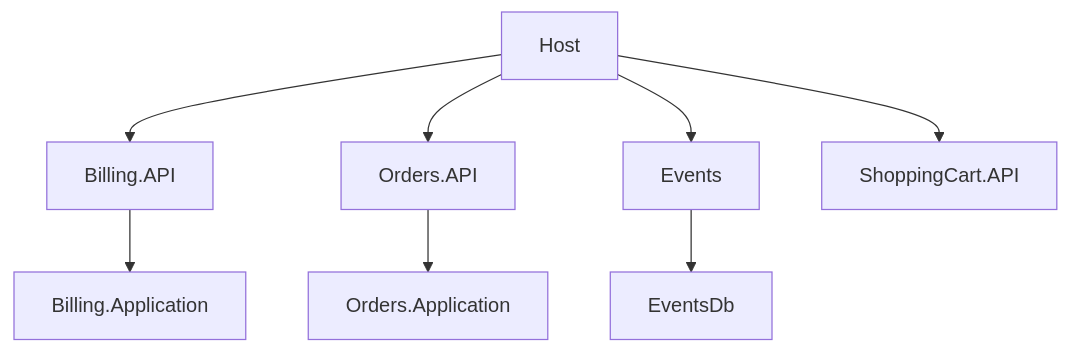
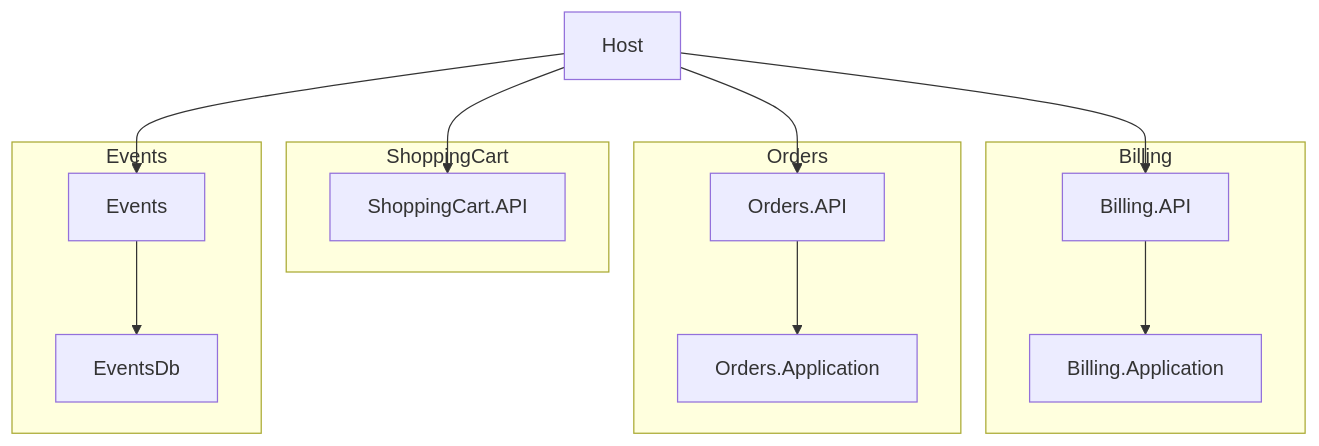
The diagram in README.md (RobertoFreireDev/ECOMMERCE), drawn with Mermaid before and after one commit.

Commit message:
try to group

````diff
--- a/README.md
+++ b/README.md
@@ -1,21 +1,31 @@
 ```mermaid
 flowchart TD
     Host["Host"]
-    Events["Events"]
-    EventsDb["EventsDb"]
-    BillingAPI["Billing.API"]
-    BillingApp["Billing.Application"]
-    OrdersAPI["Orders.API"]
-    OrdersApp["Orders.Application"]
-    CartAPI["ShoppingCart.API"]
+
+    subgraph Billing["Billing"]
+        BillingAPI["Billing.API"]
+        BillingApp["Billing.Application"]
+        BillingAPI --> BillingApp
+    end
+
+    subgraph Orders["Orders"]
+        OrdersAPI["Orders.API"]
+        OrdersApp["Orders.Application"]
+        OrdersAPI --> OrdersApp
+    end
+
+    subgraph ShoppingCart["ShoppingCart"]
+        CartAPI["ShoppingCart.API"]
+    end
+
+    subgraph EventsModule["Events"]
+        Events["Events"]
+        EventsDb["EventsDb"]
+        Events --> EventsDb
+    end
 
     Host --> BillingAPI
     Host --> OrdersAPI
     Host --> CartAPI
     Host --> Events
-
-    BillingAPI --> BillingApp
-    OrdersAPI --> OrdersApp
-
-    Events --> EventsDb
 ```
````
